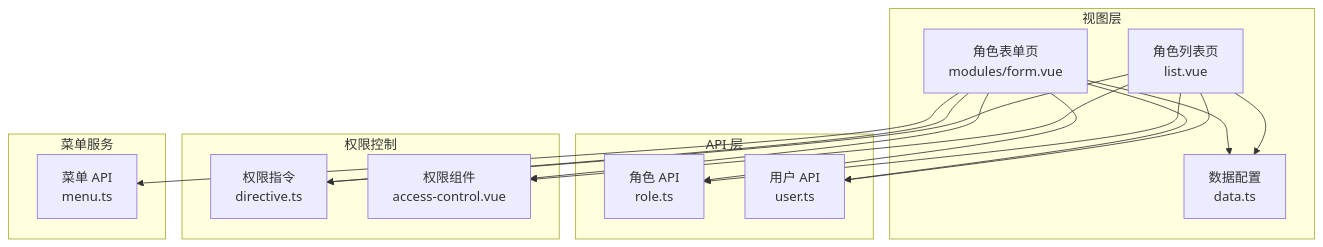
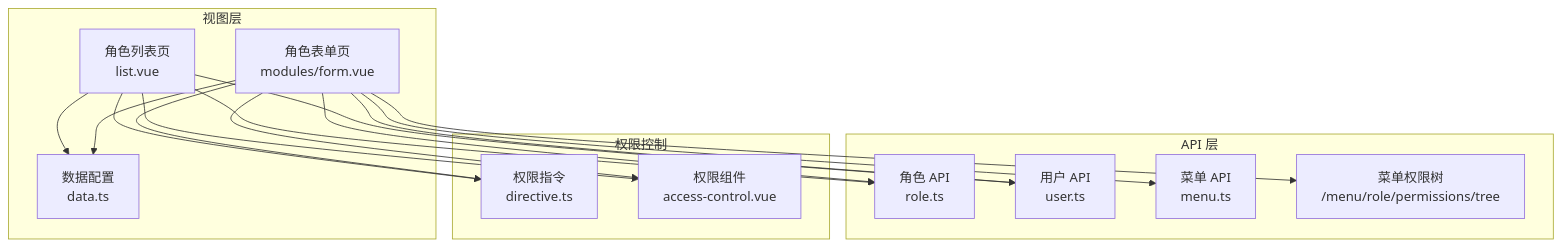
The first of 6 diagrams in .qoder/repowiki/zh/content/API 通信层/API 模块组织/系统管理 API 模块/角色管理 API.md (ShiRuYu/shiyu-ui), drawn with Mermaid before and after one commit. The commit also changed other lines of this file and 37 other files, not shown here.

````diff
--- a/.qoder/repowiki/zh/content/API 通信层/API 模块组织/系统管理 API 模块/角色管理 API.md
+++ b/.qoder/repowiki/zh/content/API 通信层/API 模块组织/系统管理 API 模块/角色管理 API.md
@@ -52,30 +65,30 @@
 ```mermaid
 graph TB
 subgraph "视图层"
 L["角色列表页<br/>list.vue"]
 F["角色表单页<br/>modules/form.vue"]
 D["数据配置<br/>data.ts"]
 end
 subgraph "API 层"
 RAPI["角色 API<br/>role.ts"]
 UAPI["用户 API<br/>user.ts"]
+MAPI["菜单 API<br/>menu.ts"]
+MPT["菜单权限树<br/>/menu/role/permissions/tree"]
 end
 subgraph "权限控制"
 DIR["权限指令<br/>directive.ts"]
 ACC["权限组件<br/>access-control.vue"]
 end
-subgraph "菜单服务"
-MAPI["菜单 API<br/>menu.ts"]
-end
 L --> RAPI
 F --> RAPI
 F --> MAPI
+F --> MPT
 L --> D
 F --> D
 L --> UAPI
 F --> UAPI
 L --> DIR
 F --> DIR
 L --> ACC
 F --> ACC
 ```
````
